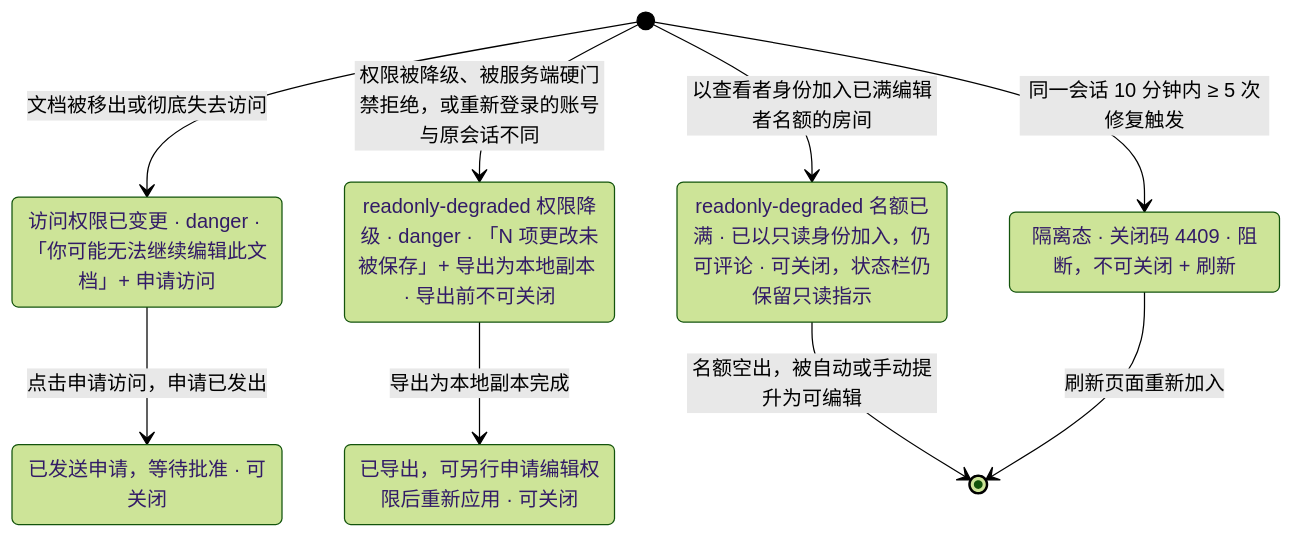
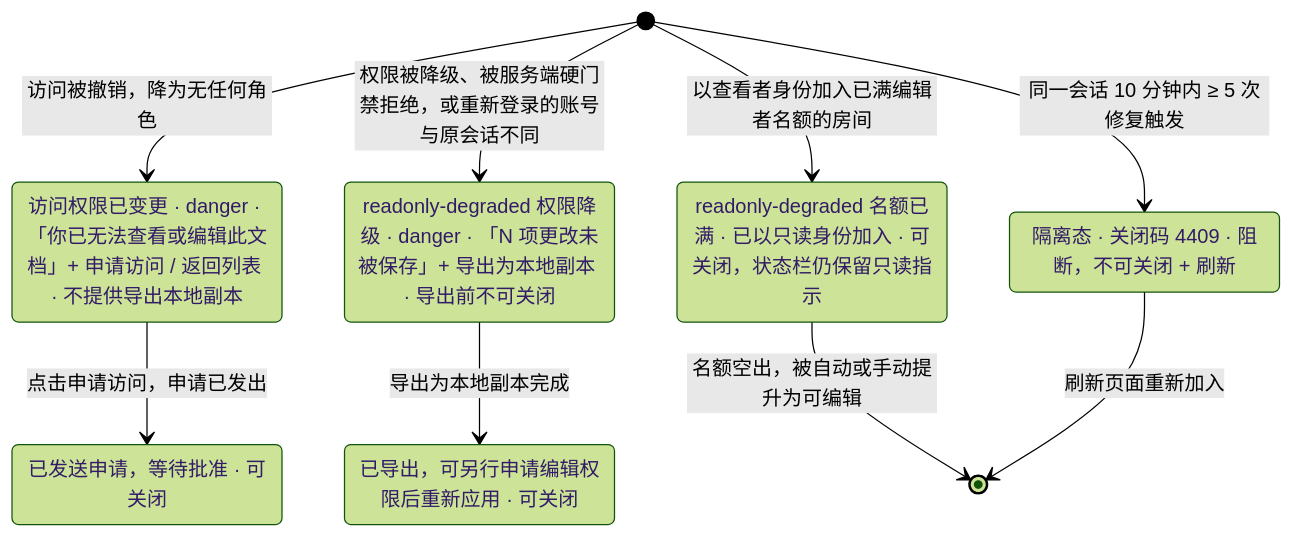
One commit to Xeonice/cordis-ppt-editor changed the second of 4 diagrams in docs/20-design/03-screens/12-offline-conflict-banner.md. Above: the diagram before and after it, drawn with Mermaid (forest theme). The commit also changed other lines of this file and 79 other files, not shown here.

````diff
--- a/docs/20-design/03-screens/12-offline-conflict-banner.md
+++ b/docs/20-design/03-screens/12-offline-conflict-banner.md
@@ -40,17 +42,17 @@
 ```mermaid
 stateDiagram-v2
-  state "访问权限已变更 · danger · 「你可能无法继续编辑此文档」+ 申请访问" as access
+  state "访问权限已变更 · danger · 「你已无法查看或编辑此文档」+ 申请访问 / 返回列表 · 不提供导出本地副本" as access
   state "已发送申请，等待批准 · 可关闭" as requested
   state "readonly-degraded 权限降级 · danger · 「N 项更改未被保存」+ 导出为本地副本 · 导出前不可关闭" as degPerm
   state "已导出，可另行申请编辑权限后重新应用 · 可关闭" as exported
-  state "readonly-degraded 名额已满 · 已以只读身份加入，仍可评论 · 可关闭，状态栏仍保留只读指示" as degFull
+  state "readonly-degraded 名额已满 · 已以只读身份加入 · 可关闭，状态栏仍保留只读指示" as degFull
   state "隔离态 · 关闭码 4409 · 阻断，不可关闭 + 刷新" as quarantine
-  [*] --> access : 文档被移出或彻底失去访问
+  [*] --> access : 访问被撤销，降为无任何角色
   access --> requested : 点击申请访问，申请已发出
   [*] --> degPerm : 权限被降级、被服务端硬门禁拒绝，或重新登录的账号与原会话不同
   degPerm --> exported : 导出为本地副本完成
   [*] --> degFull : 以查看者身份加入已满编辑者名额的房间
   degFull --> [*] : 名额空出，被自动或手动提升为可编辑
   [*] --> quarantine : 同一会话 10 分钟内 ≥ 5 次修复触发
   quarantine --> [*] : 刷新页面重新加入
 ```
````
